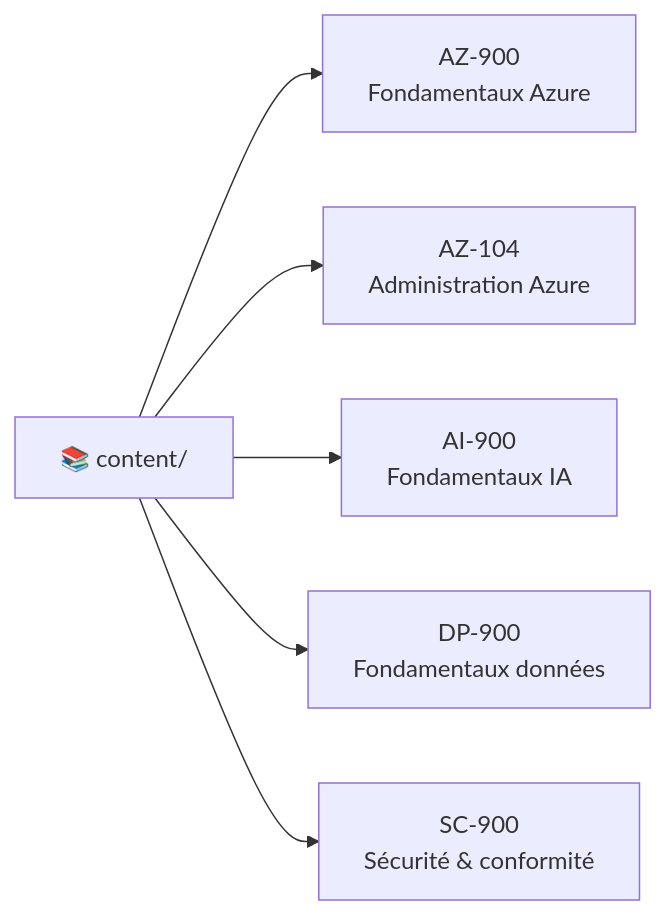
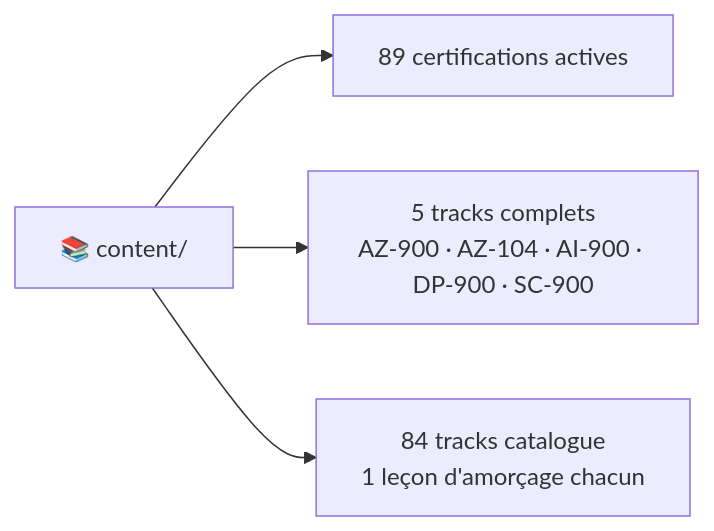
One commit to gaby27072001/certigo changed the third of 5 diagrams in docs/ETAT_DU_PROJET.md. Above: the diagram before and after it, drawn with Mermaid. The commit also changed other lines of this file and 169 other files, not shown here.

First line of the commit message:
feat(content): integrate all active Microsoft certifications in catalog

````diff
--- a/docs/ETAT_DU_PROJET.md
+++ b/docs/ETAT_DU_PROJET.md
@@ -142,8 +142,6 @@
 ```mermaid
 graph LR
-    C["📚 content/"] --> AZ900["AZ-900<br/>Fondamentaux Azure"]
-    C --> AZ104["AZ-104<br/>Administration Azure"]
-    C --> AI900["AI-900<br/>Fondamentaux IA"]
-    C --> DP900["DP-900<br/>Fondamentaux données"]
-    C --> SC900["SC-900<br/>Sécurité & conformité"]
+    C["📚 content/"] --> ACT["89 certifications actives"]
+    C --> RICH["5 tracks complets<br/>AZ-900 · AZ-104 · AI-900 · DP-900 · SC-900"]
+    C --> MIN["84 tracks catalogue<br/>1 leçon d'amorçage chacun"]
 ```
````
